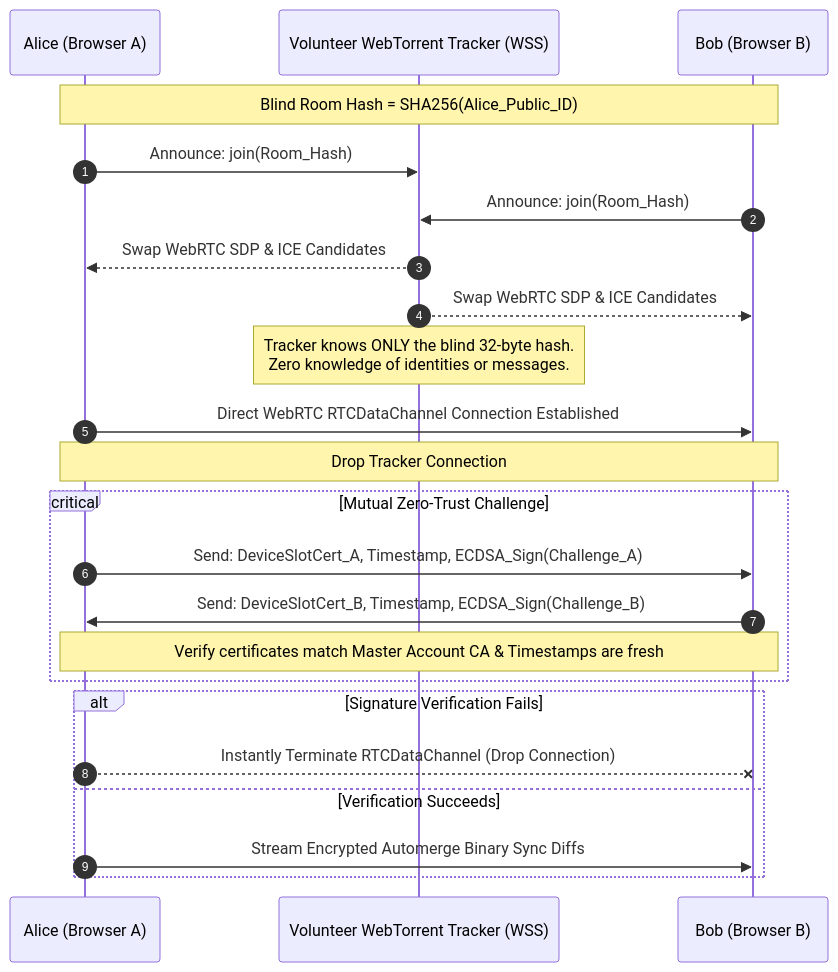
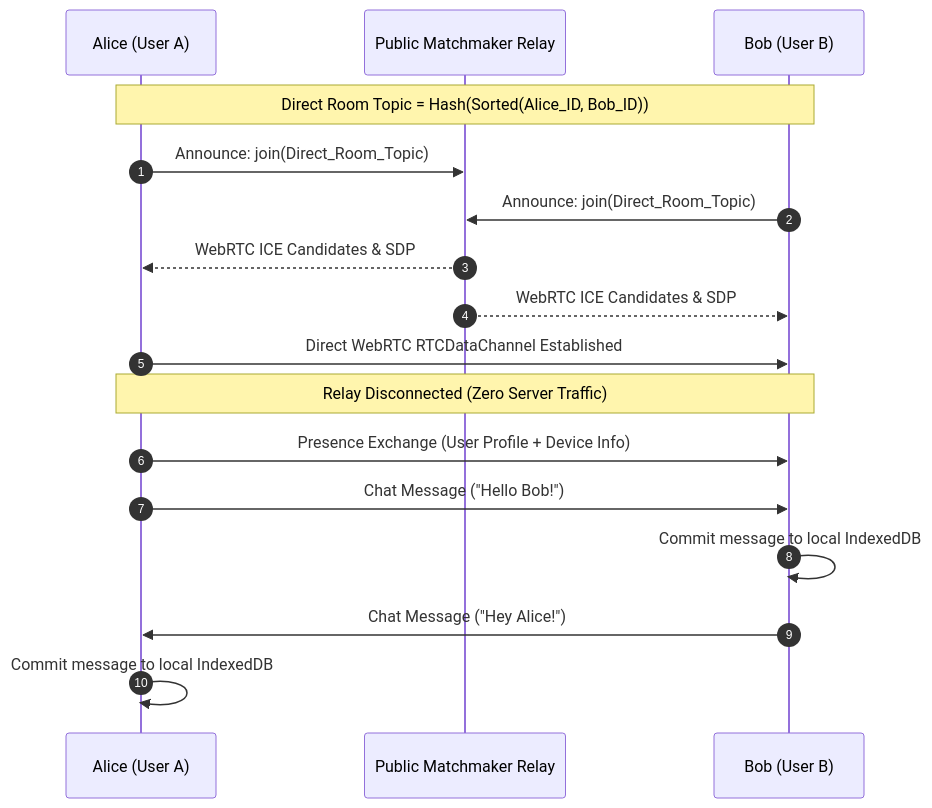
Before and after one commit to ShantanuDaz/Murmur: the diagram in ARCHITECTURE.md, drawn with Mermaid. The commit also changed other lines of this file and 36 other files, not shown here.

First line of the commit message:
feat(auth): implement onboarding flow with device identity management

````diff
--- a/ARCHITECTURE.md
+++ b/ARCHITECTURE.md
@@ -152,29 +105,21 @@
 ```mermaid
 sequenceDiagram
     autonumber
-    participant Alice as Alice (Browser A)
-    participant Tracker as Volunteer WebTorrent Tracker (WSS)
-    participant Bob as Bob (Browser B)
+    participant Alice as Alice (User A)
+    participant Relay as Public Matchmaker Relay
+    participant Bob as Bob (User B)
 
-    Note over Alice, Bob: Blind Room Hash = SHA256(Alice_Public_ID)
-    Alice->>Tracker: Announce: join(Room_Hash)
-    Bob->>Tracker: Announce: join(Room_Hash)
-    Tracker-->>Alice: Swap WebRTC SDP & ICE Candidates
-    Tracker-->>Bob: Swap WebRTC SDP & ICE Candidates
-    Note over Tracker: Tracker knows ONLY the blind 32-byte hash.<br/>Zero knowledge of identities or messages.
+    Note over Alice, Bob: Direct Room Topic = Hash(Sorted(Alice_ID, Bob_ID))
+    Alice->>Relay: Announce: join(Direct_Room_Topic)
+    Bob->>Relay: Announce: join(Direct_Room_Topic)
+    Relay-->>Alice: WebRTC ICE Candidates & SDP
+    Relay-->>Bob: WebRTC ICE Candidates & SDP
+    Alice->>Bob: Direct WebRTC RTCDataChannel Established
+    Note over Alice, Bob: Relay Disconnected (Zero Server Traffic)
 
-    Alice->>Bob: Direct WebRTC RTCDataChannel Connection Established
-    Note over Alice, Bob: Drop Tracker Connection
-
-    critical Mutual Zero-Trust Challenge
-        Alice->>Bob: Send: DeviceSlotCert_A, Timestamp, ECDSA_Sign(Challenge_A)
-        Bob->>Alice: Send: DeviceSlotCert_B, Timestamp, ECDSA_Sign(Challenge_B)
-        Note over Alice, Bob: Verify certificates match Master Account CA & Timestamps are fresh
-    end
-
-    alt Signature Verification Fails
-        Alice--xBob: Instantly Terminate RTCDataChannel (Drop Connection)
-    else Verification Succeeds
-        Alice->>Bob: Stream Encrypted Automerge Binary Sync Diffs
-    end
+    Alice->>Bob: Presence Exchange (User Profile + Device Info)
+    Alice->>Bob: Chat Message ("Hello Bob!")
+    Bob->>Bob: Commit message to local IndexedDB
+    Bob->>Alice: Chat Message ("Hey Alice!")
+    Alice->>Alice: Commit message to local IndexedDB
 ```
````
